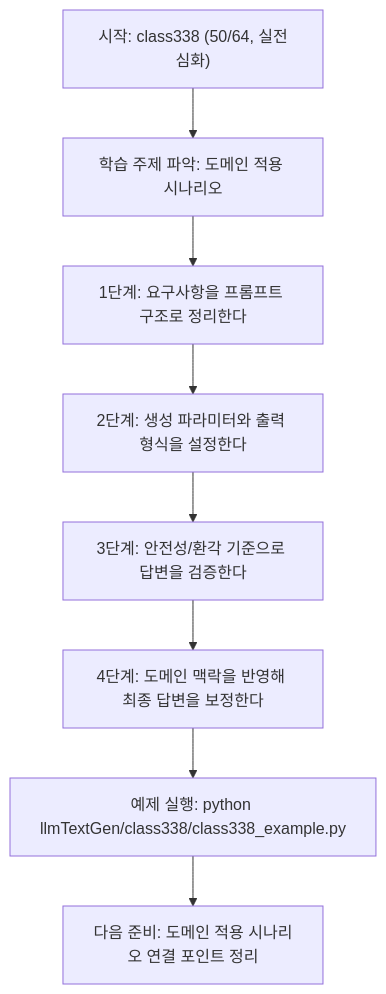
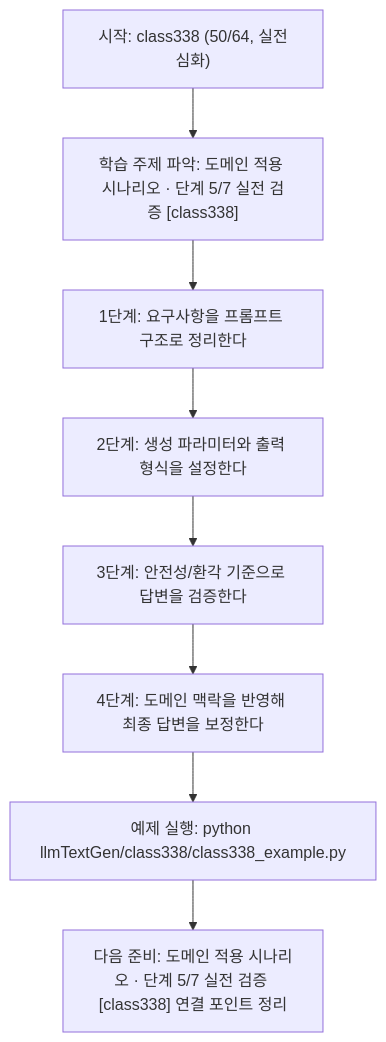
Before and after one commit to edumgt/Python-AI_Agent-Class: the diagram in llmTextGen/class338/class338.md, drawn with Mermaid. The commit also changed other lines of this file and 522 other files, not shown here.

````diff
--- a/llmTextGen/class338/class338.md
+++ b/llmTextGen/class338/class338.md
@@ -113,18 +114,18 @@
 ```mermaid
 flowchart TD
 N1["시작: class338 (50/64, 실전심화)"]
-N2["학습 주제 파악: 도메인 적용 시나리오"]
+N2["학습 주제 파악: 도메인 적용 시나리오 · 단계 5/7 실전 검증 [class338]"]
 N3["1단계: 요구사항을 프롬프트 구조로 정리한다"]
 N4["2단계: 생성 파라미터와 출력 형식을 설정한다"]
 N5["3단계: 안전성/환각 기준으로 답변을 검증한다"]
 N6["4단계: 도메인 맥락을 반영해 최종 답변을 보정한다"]
 N7["예제 실행: python llmTextGen/class338/class338_example.py"]
-N8["다음 준비: 도메인 적용 시나리오 연결 포인트 정리"]
+N8["다음 준비: 도메인 적용 시나리오 · 단계 5/7 실전 검증 [class338] 연결 포인트 정리"]
 N1 --> N2
 N2 --> N3
 N3 --> N4
 N4 --> N5
 N5 --> N6
 N6 --> N7
 N7 --> N8
 ```
````
